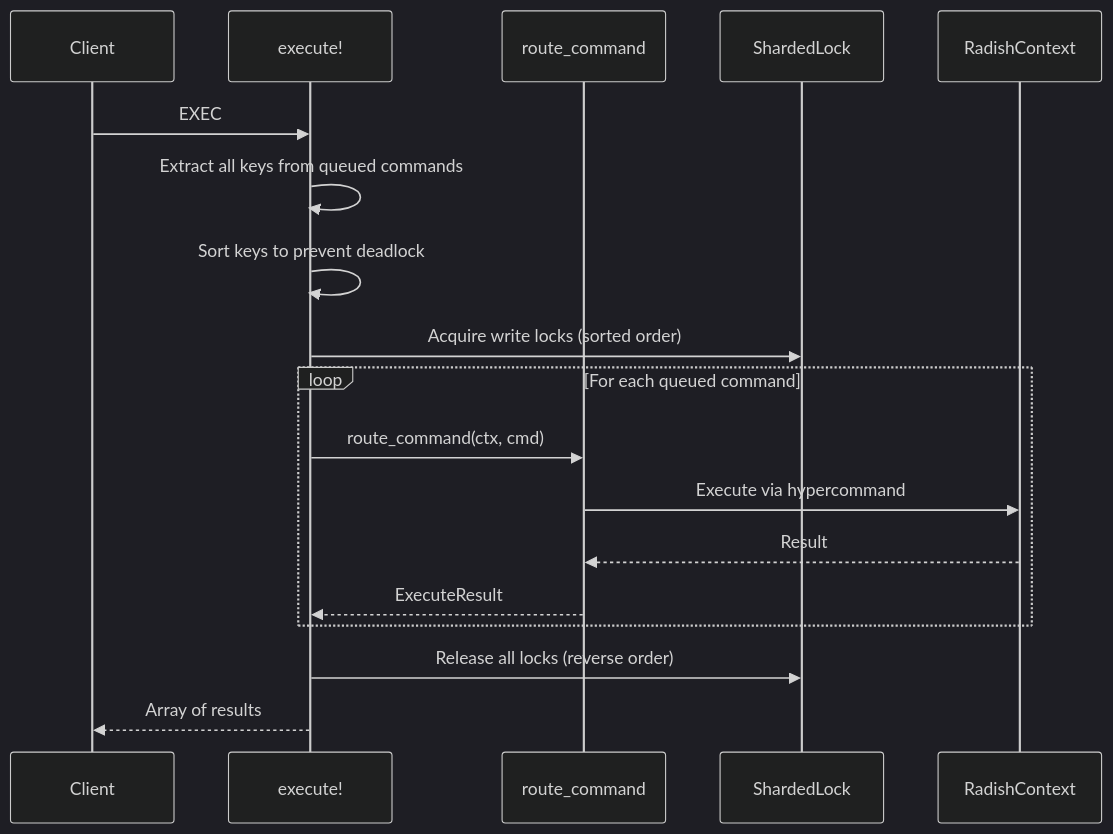
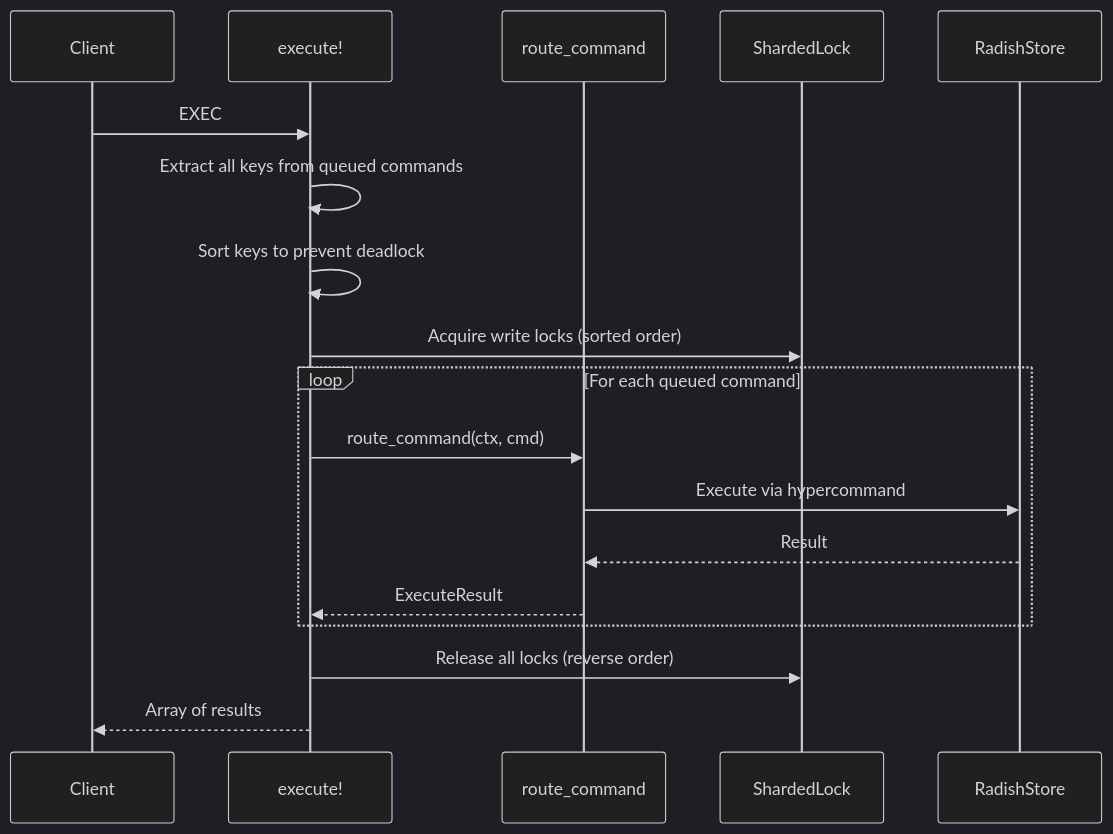
Before and after one commit to fabioscantamburlo/Radish: the diagram in docs/transactions.md, drawn with Mermaid (dark theme). The commit also changed 45 other files, not shown here.

````diff
--- a/docs/transactions.md
+++ b/docs/transactions.md
@@ -108,23 +108,23 @@
 ```mermaid
 sequenceDiagram
     participant Client
     participant Dispatcher as execute!
     participant Router as route_command
     participant Lock as ShardedLock
-    participant Context as RadishContext
+    participant Context as RadishStore
 
     Client->>Dispatcher: EXEC
     Dispatcher->>Dispatcher: Extract all keys from queued commands
     Dispatcher->>Dispatcher: Sort keys to prevent deadlock
     Dispatcher->>Lock: Acquire write locks (sorted order)
     
     loop For each queued command
         Dispatcher->>Router: route_command(ctx, cmd)
         Router->>Context: Execute via hypercommand
         Context-->>Router: Result
         Router-->>Dispatcher: ExecuteResult
     end
     
     Dispatcher->>Lock: Release all locks (reverse order)
     Dispatcher-->>Client: Array of results
 ```
````
